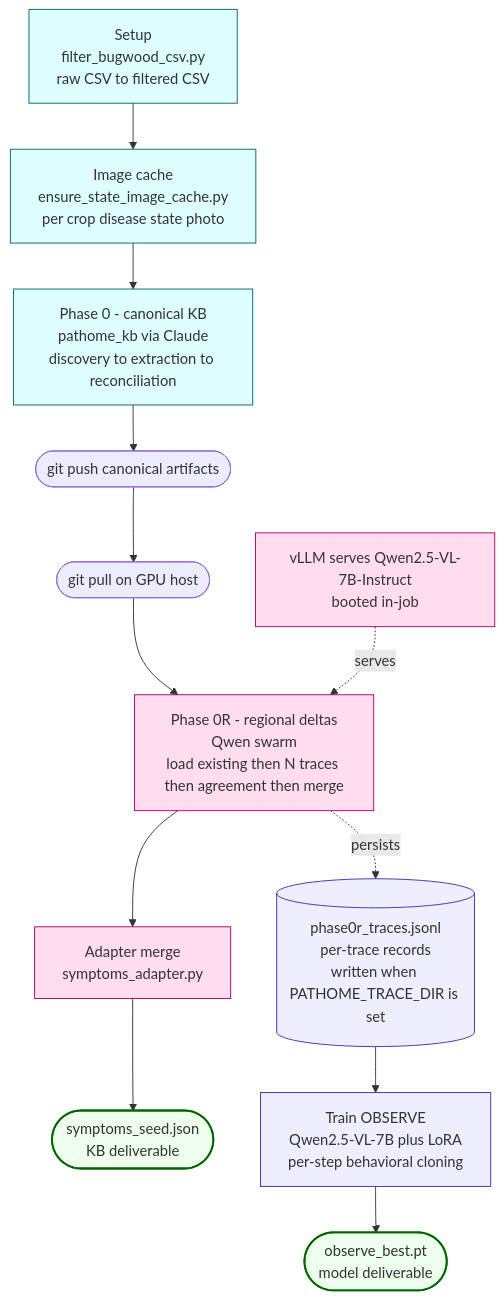
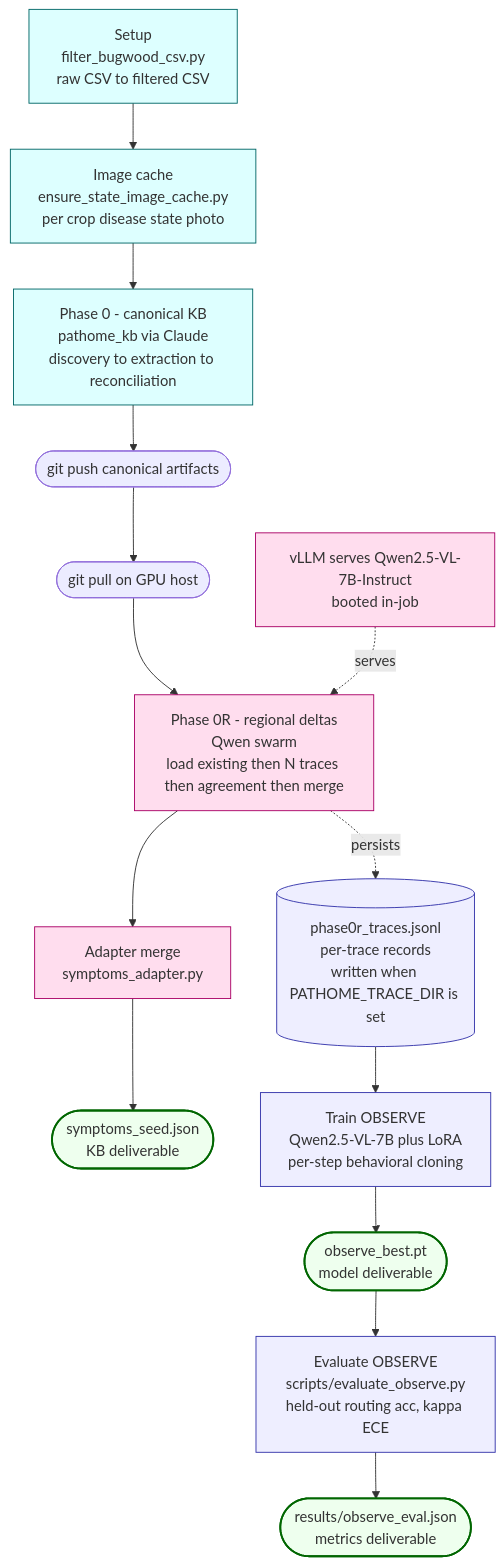
One commit to tirtho149/PlantSwarm changed the first of 6 diagrams in FLOW.md. Above: the diagram before and after it, drawn with Mermaid. The commit also changed other lines of this file and 20 other files, not shown here.

First line of the commit message:
Complete the pipeline: OBSERVE actually trains, DT/GRPO ported, eval harness, pytest suite, portable SLURM submitters

````diff
--- a/FLOW.md
+++ b/FLOW.md
@@ -28,30 +28,33 @@
 ```mermaid
 flowchart TD
     SETUP[Setup<br/>filter_bugwood_csv.py<br/>raw CSV to filtered CSV]
     CACHE[Image cache<br/>ensure_state_image_cache.py<br/>per crop disease state photo]
     P0[Phase 0 - canonical KB<br/>pathome_kb via Claude<br/>discovery to extraction to reconciliation]
     PUSH([git push canonical artifacts])
     PULL([git pull on GPU host])
     VLLM[vLLM serves Qwen2.5-VL-7B-Instruct<br/>booted in-job]
     P0R[Phase 0R - regional deltas<br/>Qwen swarm<br/>load existing then N traces then agreement then merge]
     ADAPT[Adapter merge<br/>symptoms_adapter.py]
     SEED([symptoms_seed.json<br/>KB deliverable])
     TRACES[(phase0r_traces.jsonl<br/>per-trace records<br/>written when PATHOME_TRACE_DIR is set)]
     TRAIN[Train OBSERVE<br/>Qwen2.5-VL-7B plus LoRA<br/>per-step behavioral cloning]
     CKPT([observe_best.pt<br/>model deliverable])
+    EVAL[Evaluate OBSERVE<br/>scripts/evaluate_observe.py<br/>held-out routing acc, kappa ECE]
+    METRICS([results/observe_eval.json<br/>metrics deliverable])
 
     SETUP --> CACHE --> P0
     P0 --> PUSH --> PULL --> P0R
     VLLM -.serves.-> P0R --> ADAPT --> SEED
     P0R -.persists.-> TRACES
     TRACES --> TRAIN --> CKPT
+    CKPT --> EVAL --> METRICS
 
     classDef local fill:#dff,stroke:#066,stroke-width:1px
     classDef gpu fill:#fde,stroke:#a06,stroke-width:1px
     classDef student fill:#eef,stroke:#33a,stroke-width:1px
     classDef terminal fill:#efe,stroke:#060,stroke-width:2px
     class SETUP,CACHE,P0 local
     class VLLM,P0R,ADAPT gpu
-    class TRACES,TRAIN student
-    class SEED,CKPT terminal
+    class TRACES,TRAIN,EVAL student
+    class SEED,CKPT,METRICS terminal
 ```
````
